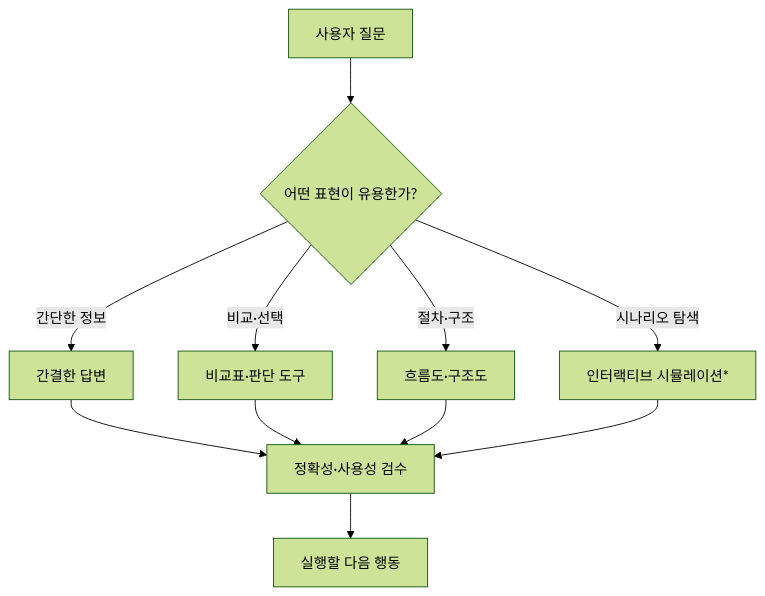
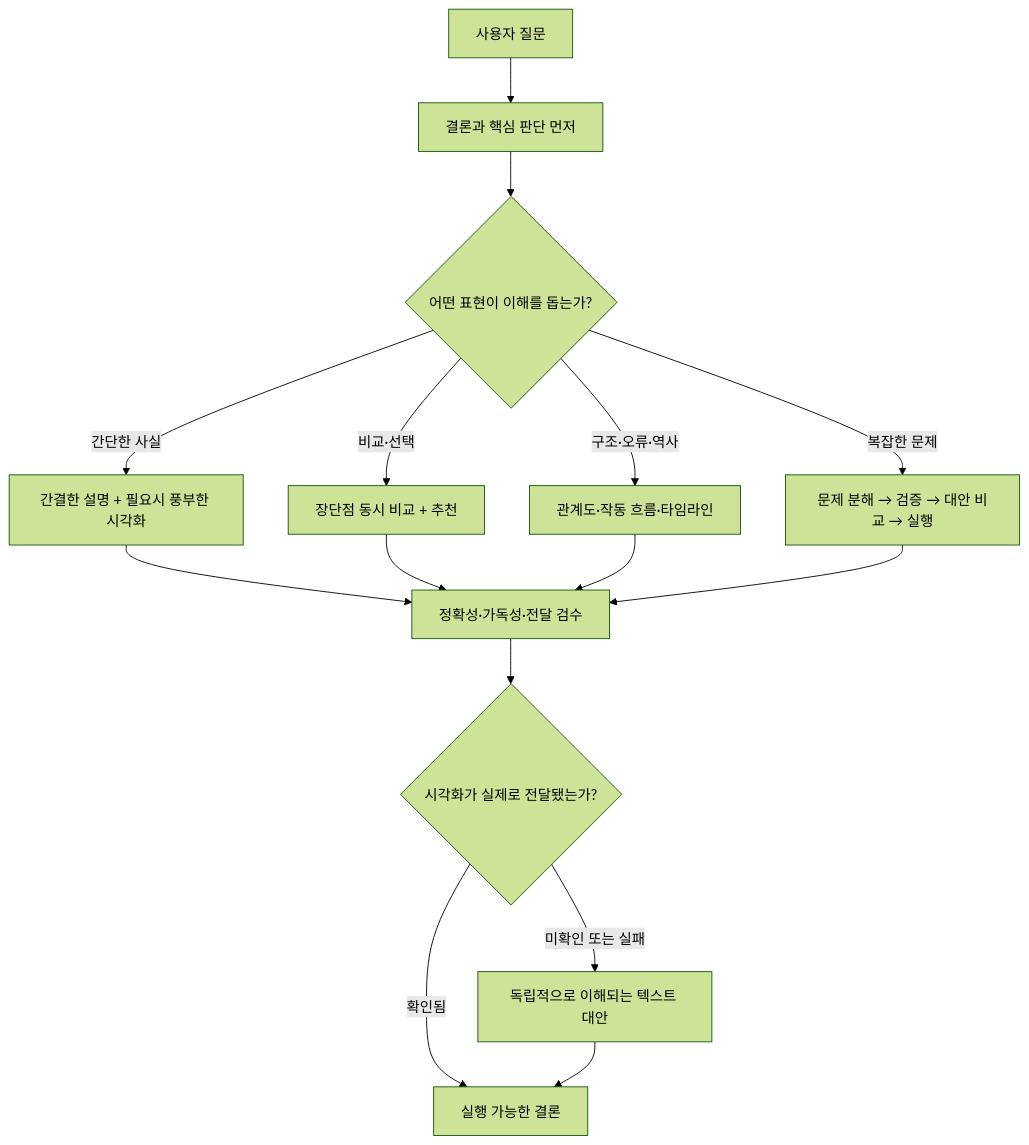
One commit to dominkang90/visual-intelligence-v8 changed the diagram in README.ko.md. Above: the diagram before and after it, drawn with Mermaid (forest theme). The commit also changed other lines of this file, not shown here.

````diff
--- a/README.ko.md
+++ b/README.ko.md
@@ -22,13 +29,17 @@
 ```mermaid
-flowchart TB
-    A["사용자 질문"] --> B{"어떤 표현이 유용한가?"}
-    B -->|"간단한 정보"| C["간결한 답변"]
-    B -->|"비교·선택"| D["비교표·판단 도구"]
-    B -->|"절차·구조"| E["흐름도·구조도"]
-    B -->|"시나리오 탐색"| F["인터랙티브 시뮬레이션*"]
-    C --> G["정확성·사용성 검수"]
-    D --> G
-    E --> G
-    F --> G
-    G --> H["실행할 다음 행동"]
+flowchart TD
+    A["사용자 질문"] --> B["결론과 핵심 판단 먼저"]
+    B --> C{"어떤 표현이 이해를 돕는가?"}
+    C -->|간단한 사실| D["간결한 설명 + 필요시 풍부한 시각화"]
+    C -->|비교·선택| E["장단점 동시 비교 + 추천"]
+    C -->|구조·오류·역사| F["관계도·작동 흐름·타임라인"]
+    C -->|복잡한 문제| G["문제 분해 → 검증 → 대안 비교 → 실행"]
+    D --> H["정확성·가독성·전달 검수"]
+    E --> H
+    F --> H
+    G --> H
+    H --> I{"시각화가 실제로 전달됐는가?"}
+    I -->|확인됨| J["실행 가능한 결론"]
+    I -->|미확인 또는 실패| K["독립적으로 이해되는 텍스트 대안"]
+    K --> J
 ```
````
